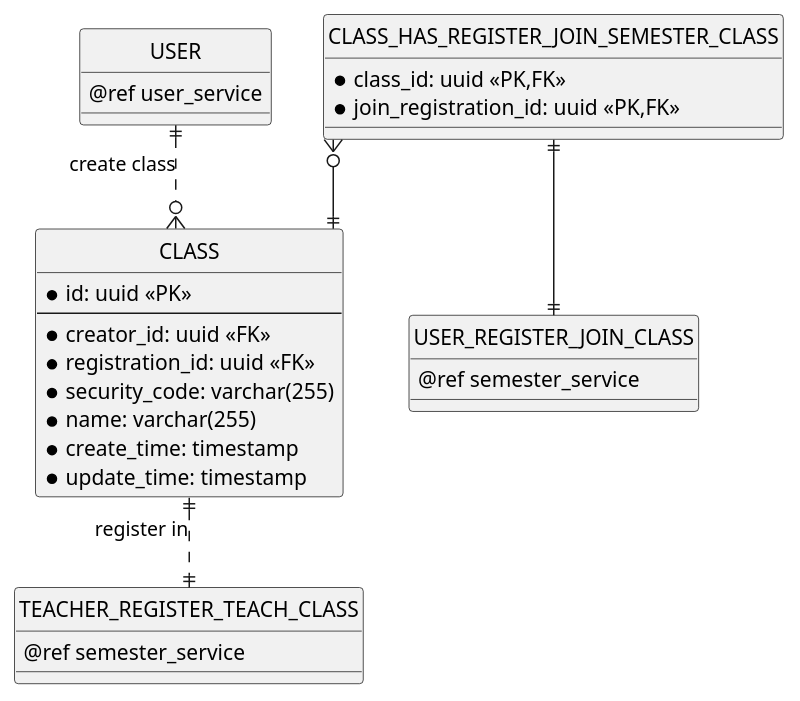
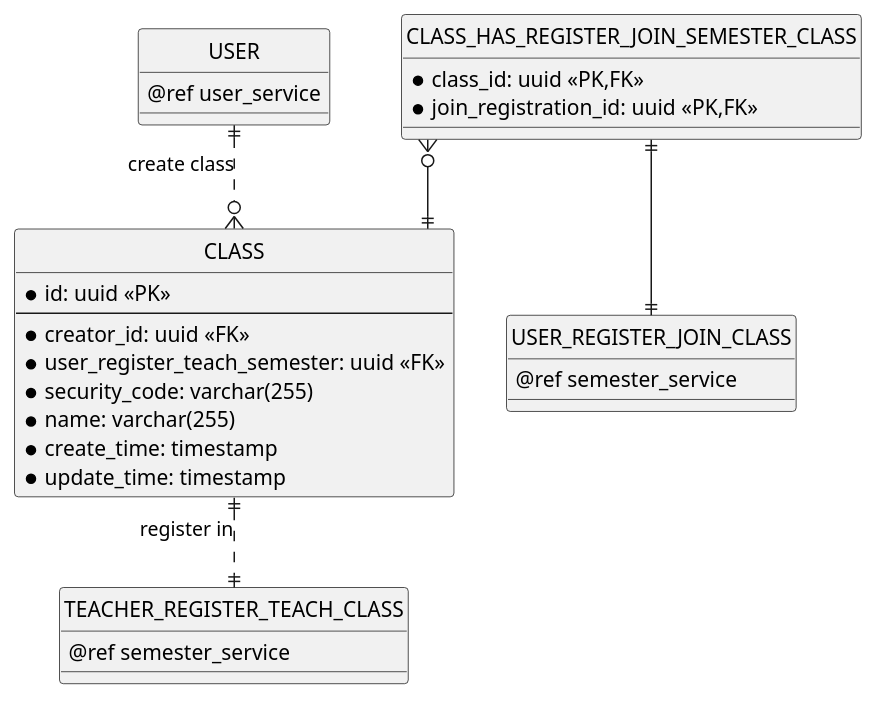
Before and after one commit to chungnguyenbkcse/ERD-USECASE-KIDSDRAWING: the sixth of 12 diagrams in erd.md, drawn with PlantUML. The commit also changed other lines of this file and 1 other file, not shown here.

Commit message:
fix field for semester_class, class

````diff
--- a/erd.md
+++ b/erd.md
@@ -349,44 +349,44 @@
 ```plantuml
 @startuml class_service
 ' hide the spot
 hide circle
 
 ' avoid problems with angled crows feet
 skinparam linetype ortho
 
 entity "USER" as user {
     @ref user_service
 }
 
 entity "CLASS" as class {
     * id: uuid <<PK>>
     --
     * creator_id: uuid <<FK>>
-    * registration_id: uuid <<FK>>
+    * user_register_teach_semester: uuid <<FK>>
     * security_code: varchar(255)
     * name: varchar(255)
     * create_time: timestamp
     * update_time: timestamp
 }
 
 entity "CLASS_HAS_REGISTER_JOIN_SEMESTER_CLASS" as user_join_class {
     * class_id: uuid <<PK,FK>>
     * join_registration_id: uuid <<PK,FK>>
 }
 
 entity "USER_REGISTER_JOIN_CLASS" as user_register_join_class {
     @ref semester_service
 }
 
 entity "TEACHER_REGISTER_TEACH_CLASS" as user_register_teach_class {
     @ref semester_service
 }
 
 ' Class Relationship
 
 user ||..o{ class: create class
 user_join_class }o--|| class
 user_join_class ||--|| user_register_join_class
 class ||..|| user_register_teach_class: register in
 @enduml
 ```
````
